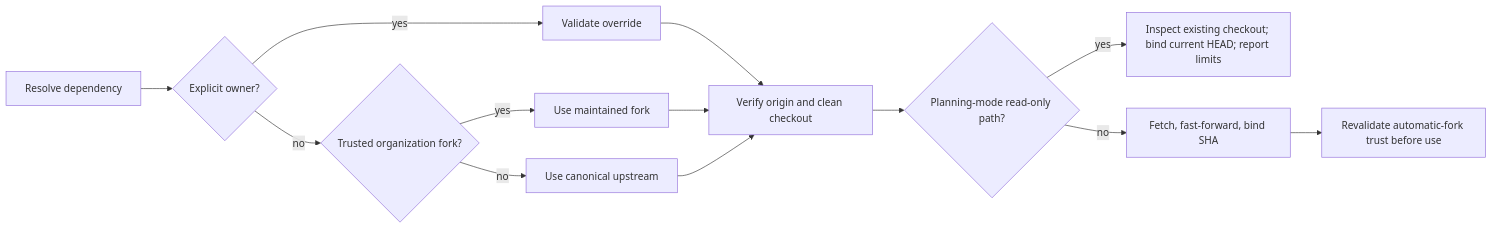
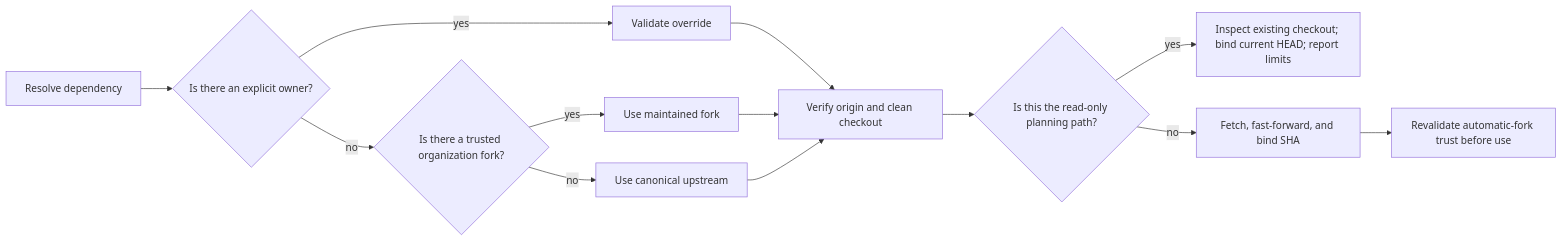
Before and after one commit to HomericIntelligence/Athena: the diagram in docs/dependency-resolution.md, drawn with Mermaid. The commit also changed other lines of this file and 7 other files, not shown here.

````diff
--- a/docs/dependency-resolution.md
+++ b/docs/dependency-resolution.md
@@ -17,15 +31,15 @@
 ```mermaid
 flowchart LR
-    A["Resolve dependency"] --> B{"Explicit owner?"}
+    A["Resolve dependency"] --> B{"Is there an explicit owner?"}
     B -->|yes| C["Validate override"]
-    B -->|no| D{"Trusted organization fork?"}
+    B -->|no| D{"Is there a trusted organization fork?"}
     D -->|yes| E["Use maintained fork"]
     D -->|no| F["Use canonical upstream"]
     C --> G["Verify origin and clean checkout"]
     E --> G
     F --> G
-    G --> H{"Planning-mode read-only path?"}
+    G --> H{"Is this the read-only planning path?"}
     H -->|yes| I["Inspect existing checkout; bind current HEAD; report limits"]
-    H -->|no| J["Fetch, fast-forward, bind SHA"]
+    H -->|no| J["Fetch, fast-forward, and bind SHA"]
     J --> K["Revalidate automatic-fork trust before use"]
 ```
````
